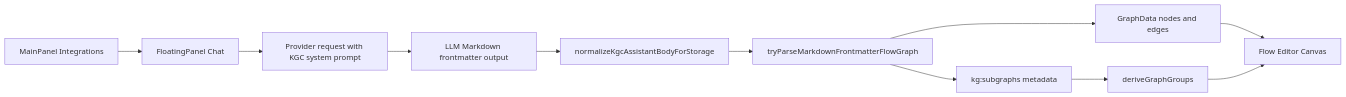
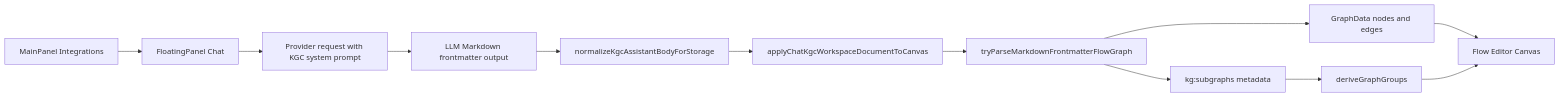
The diagram in docs/documents/knowgrph-llm-prompt-contract-prd-tad-proposed.md (huijoohwee/knowgrph), drawn with Mermaid before and after one commit. The commit also changed other lines of this file and 15 other files, not shown here.

````diff
--- a/docs/documents/knowgrph-llm-prompt-contract-prd-tad-proposed.md
+++ b/docs/documents/knowgrph-llm-prompt-contract-prd-tad-proposed.md
@@ -142,13 +144,14 @@
 ```mermaid
 flowchart LR
   A[MainPanel Integrations] --> B[FloatingPanel Chat]
   B --> C[Provider request with KGC system prompt]
   C --> D[LLM Markdown frontmatter output]
   D --> E[normalizeKgcAssistantBodyForStorage]
-  E --> F[tryParseMarkdownFrontmatterFlowGraph]
-  F --> G[GraphData nodes and edges]
-  F --> H[kg:subgraphs metadata]
-  H --> I[deriveGraphGroups]
-  G --> J[Flow Editor Canvas]
-  I --> J
+  E --> F[applyChatKgcWorkspaceDocumentToCanvas]
+  F --> G[tryParseMarkdownFrontmatterFlowGraph]
+  G --> H[GraphData nodes and edges]
+  G --> I[kg:subgraphs metadata]
+  I --> J[deriveGraphGroups]
+  H --> K[Flow Editor Canvas]
+  J --> K
 ```
````
